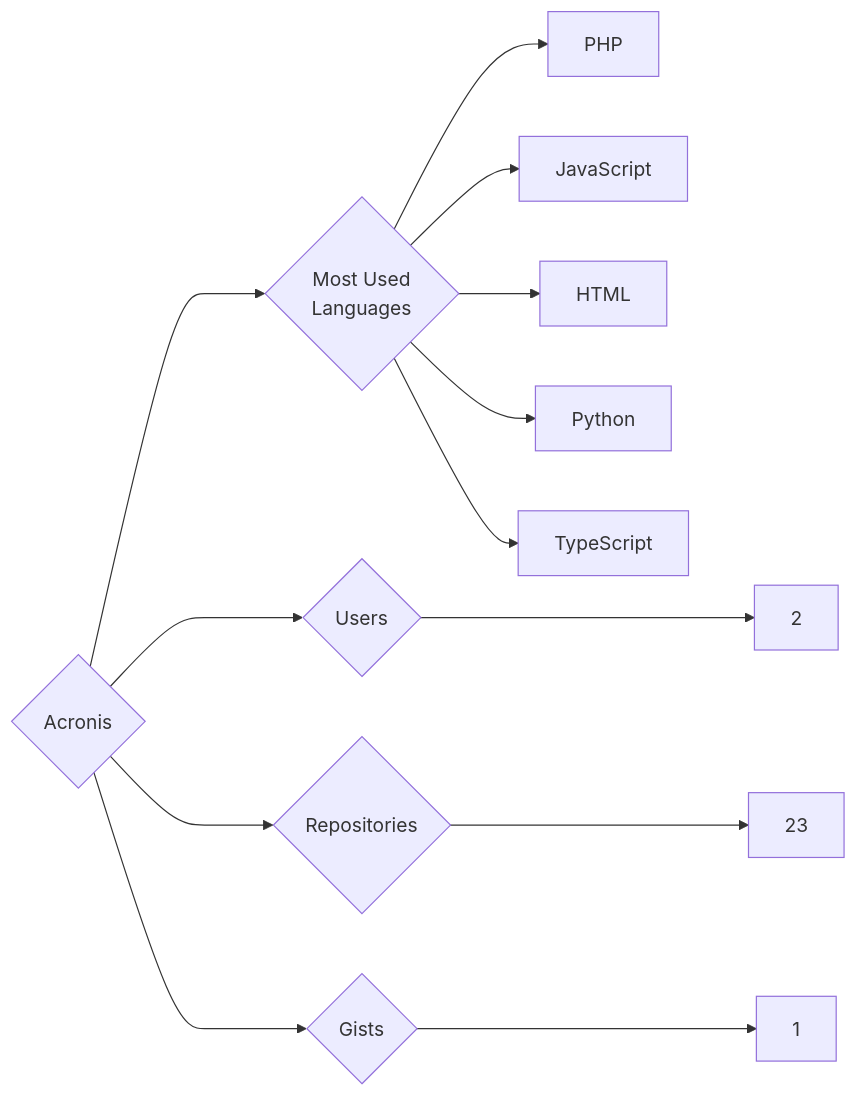
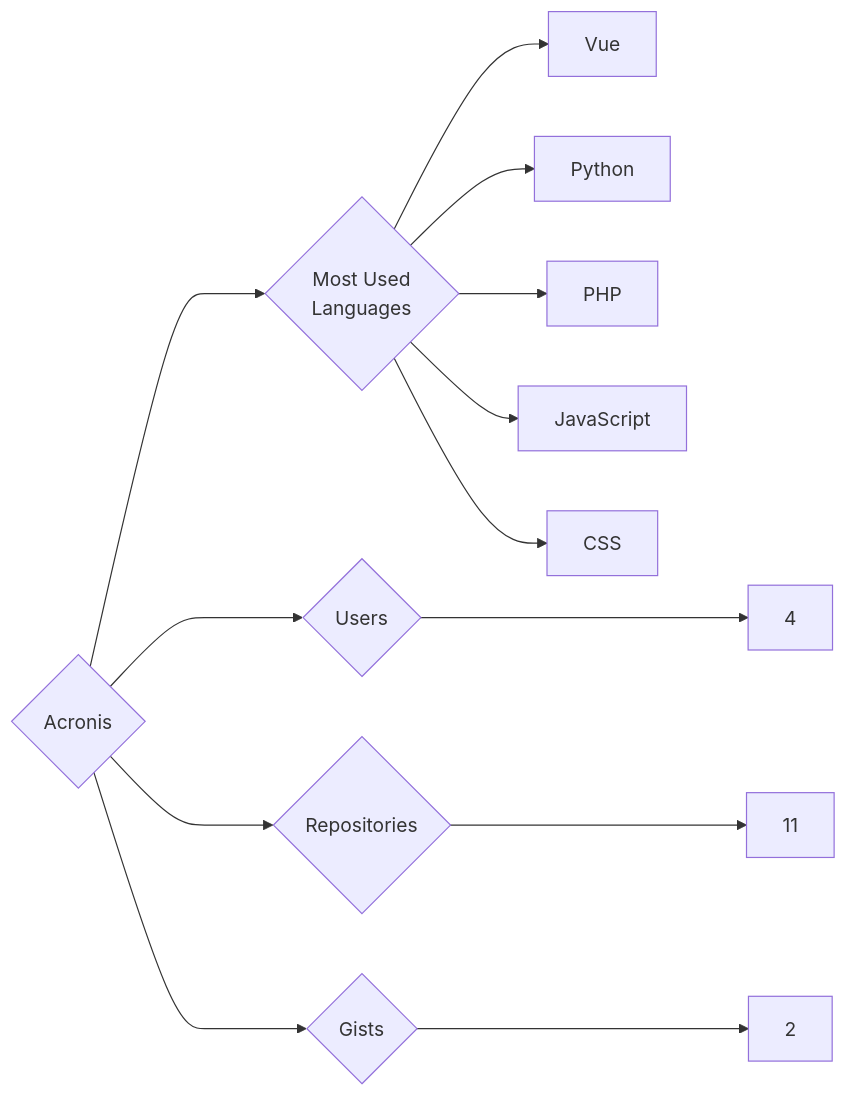
One commit to trickest/insiders changed the diagram in targets/Acronis/README.md. Above: the diagram before and after it, drawn with Mermaid. The commit also changed 1167 other files, not shown here.

````diff
--- a/targets/Acronis/README.md
+++ b/targets/Acronis/README.md
@@ -3,13 +3,13 @@
 ```mermaid
 graph LR
 COMPANY_NAME{Acronis}
-COMPANY_NAME ---> U{Users} ---> UN[2]
-COMPANY_NAME ---> R{Repositories} ---> RN[23]
-COMPANY_NAME ---> G{Gists} ---> GN[1]
+COMPANY_NAME ---> U{Users} ---> UN[4]
+COMPANY_NAME ---> R{Repositories} ---> RN[11]
+COMPANY_NAME ---> G{Gists} ---> GN[2]
 COMPANY_NAME ---> ML{Most Used<br>Languages}
+ML --> Vue[Vue]
+ML --> Python[Python]
 ML --> PHP[PHP]
 ML --> JavaScript[JavaScript]
-ML --> HTML[HTML]
-ML --> Python[Python]
-ML --> TypeScript[TypeScript]
+ML --> CSS[CSS]
 ```
````
